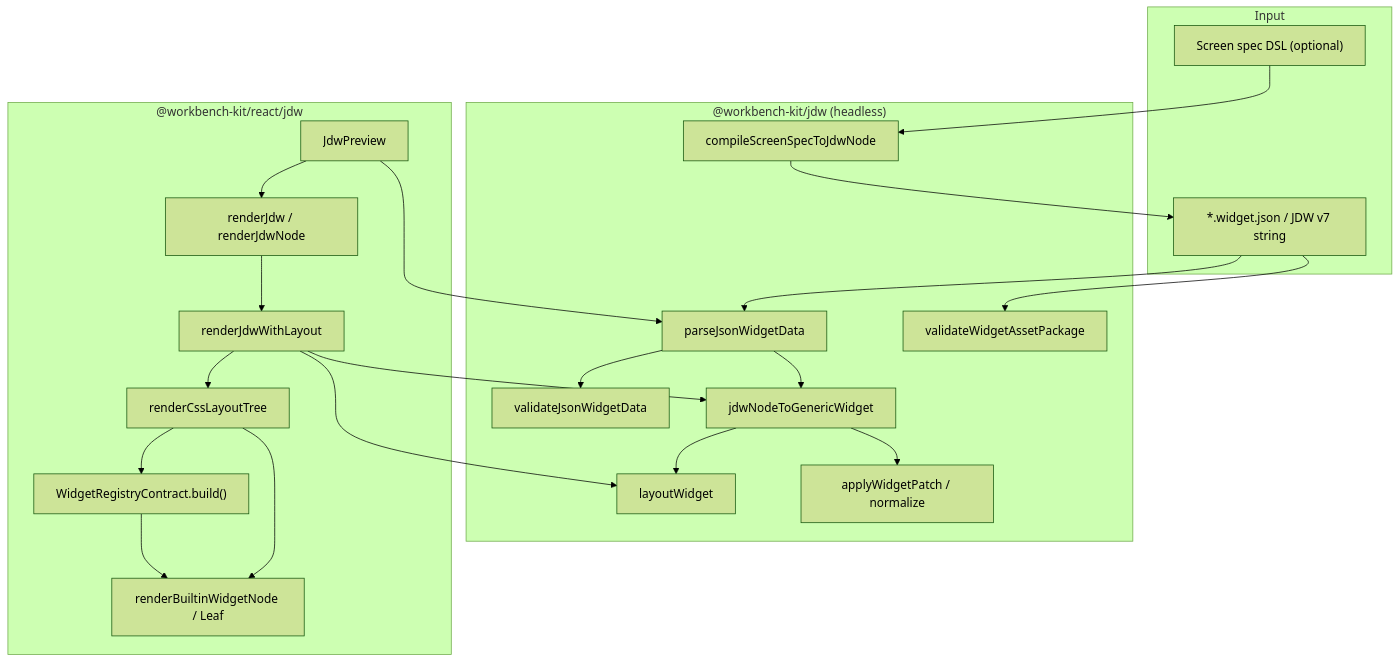
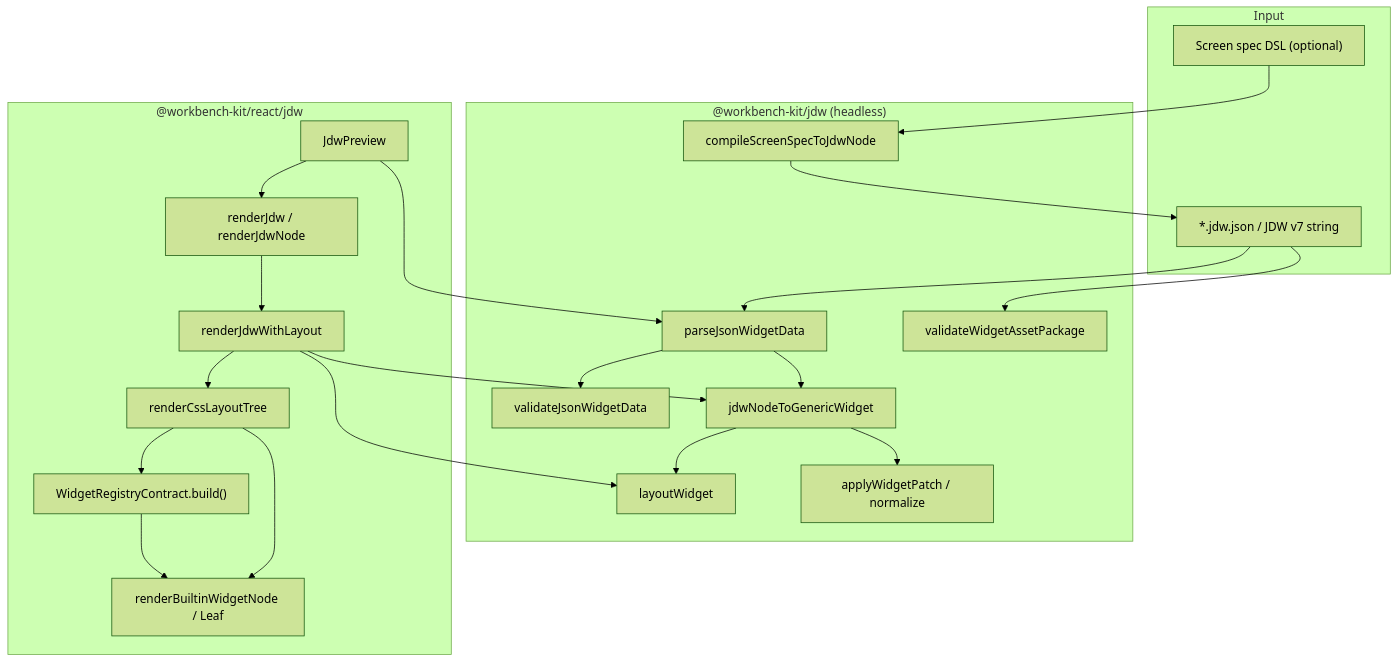
Before and after one commit to NewChoBo/workbench-kit: the first of 4 diagrams in docs/workbench/jdw-architecture-analysis.md, drawn with Mermaid (forest theme). The commit also changed 24 other files, not shown here.

Commit message:
feat(jdw): standardize widget and schema file types

````diff
--- a/docs/workbench/jdw-architecture-analysis.md
+++ b/docs/workbench/jdw-architecture-analysis.md
@@ -25,44 +25,44 @@
 ```mermaid
 flowchart TB
   subgraph Input
-    JSON["*.widget.json / JDW v7 string"]
+    JSON["*.jdw.json / JDW v7 string"]
     SS["Screen spec DSL (optional)"]
   end
 
   subgraph Headless["@workbench-kit/jdw (headless)"]
     P["parseJsonWidgetData"]
     V["validateJsonWidgetData"]
     T["jdwNodeToGenericWidget"]
     L["layoutWidget"]
     PATCH["applyWidgetPatch / normalize"]
     ASSET["validateWidgetAssetPackage"]
     COMPILE["compileScreenSpecToJdwNode"]
   end
 
   subgraph React["@workbench-kit/react/jdw"]
     RJ["renderJdw / renderJdwNode"]
     CSS["renderJdwWithLayout"]
     TREE["renderCssLayoutTree"]
     REG["WidgetRegistryContract.build()"]
     BUILTIN["renderBuiltinWidgetNode / Leaf"]
     PREVIEW["JdwPreview"]
   end
 
   JSON --> P
   SS --> COMPILE --> JSON
   P --> V
   P --> T
   T --> L
   T --> PATCH
   JSON --> ASSET
 
   PREVIEW --> P
   PREVIEW --> RJ
   RJ --> CSS
   CSS --> T
   CSS --> L
   CSS --> TREE
   TREE --> REG
   REG --> BUILTIN
   TREE --> BUILTIN
 ```
````
